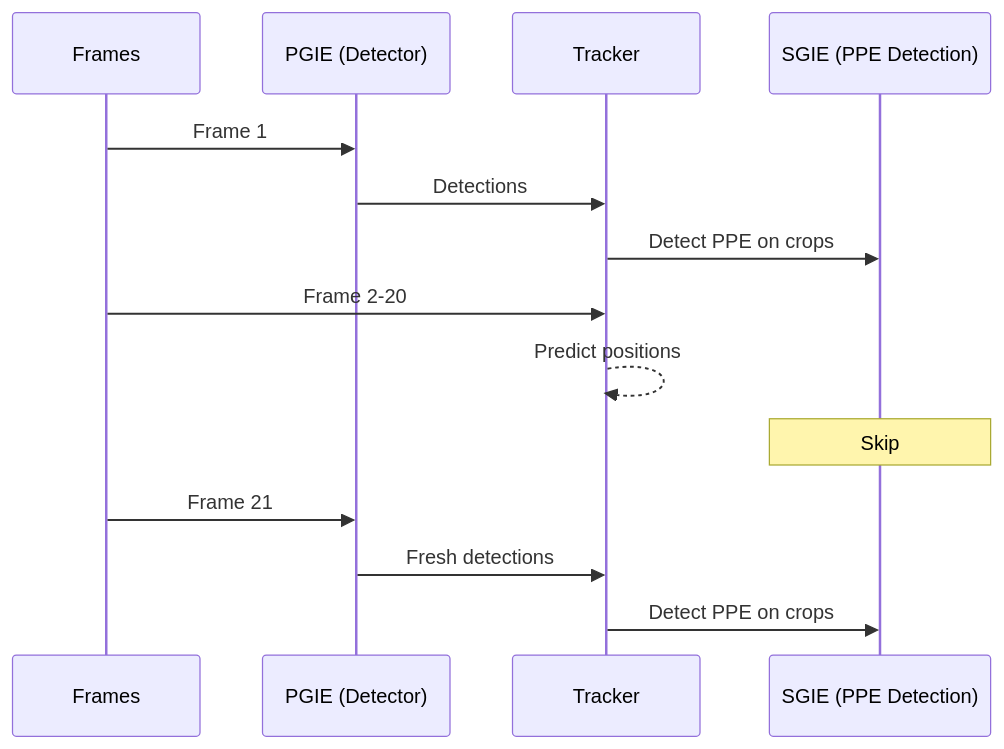
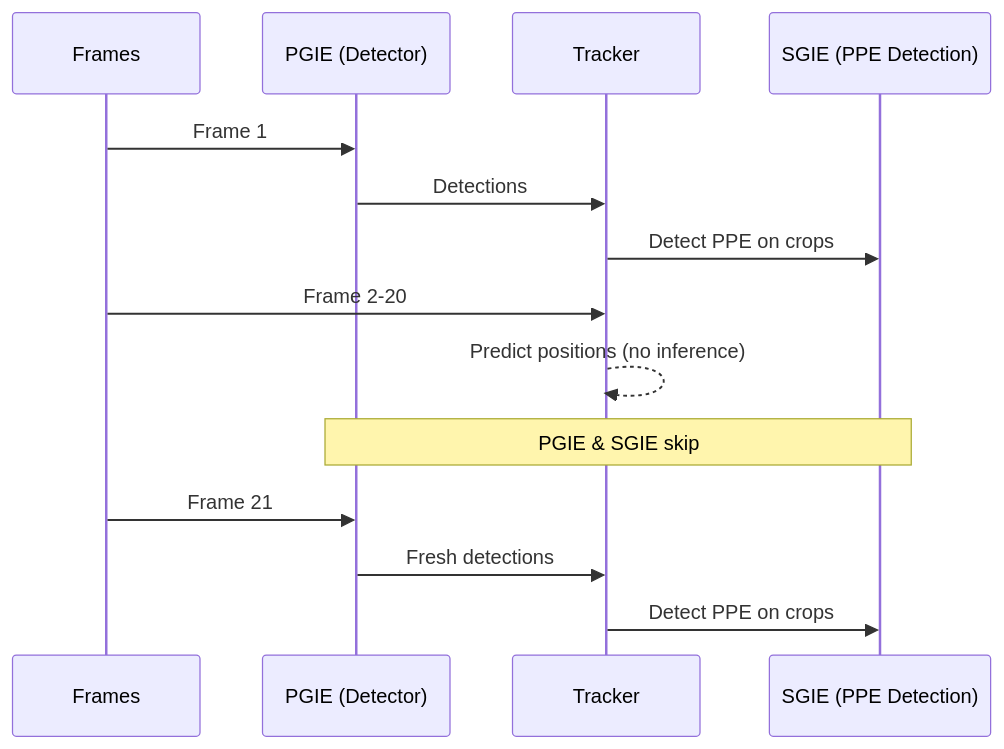
The fifth of 12 diagrams in content/blog/teaching-machines-to-notice.md (PulkitMishra/PulkitMishra.github.io), drawn with Mermaid before and after one commit. The commit also changed other lines of this file, not shown here.

````diff
--- a/content/blog/teaching-machines-to-notice.md
+++ b/content/blog/teaching-machines-to-notice.md
@@ -258,19 +260,19 @@
 ```mermaid
 sequenceDiagram
     participant F as Frames
     participant D as PGIE (Detector)
     participant T as Tracker
     participant S as SGIE (PPE Detection)
     
     F->>D: Frame 1
     D->>T: Detections
     T->>S: Detect PPE on crops
     
     F->>T: Frame 2-20
-    T-->>T: Predict positions
-    Note over S: Skip
+    T-->>T: Predict positions (no inference)
+    Note over D,S: PGIE & SGIE skip
     
     F->>D: Frame 21
     D->>T: Fresh detections
     T->>S: Detect PPE on crops
 ```
````
